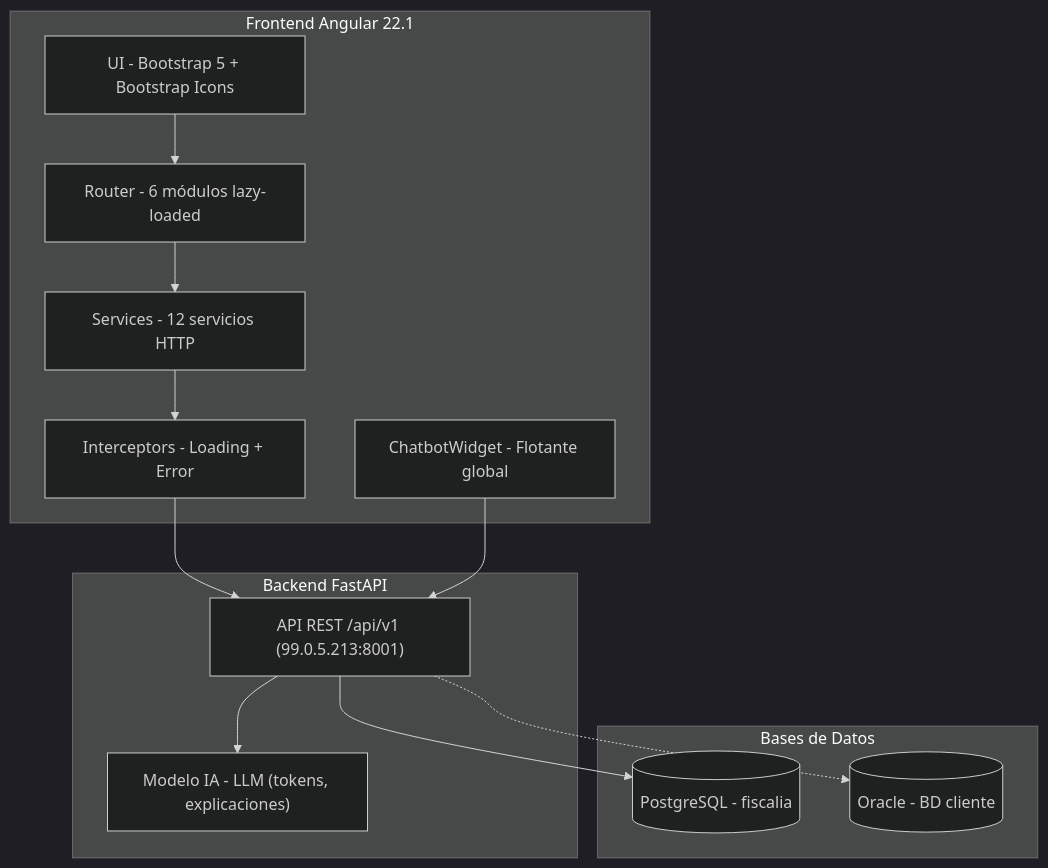
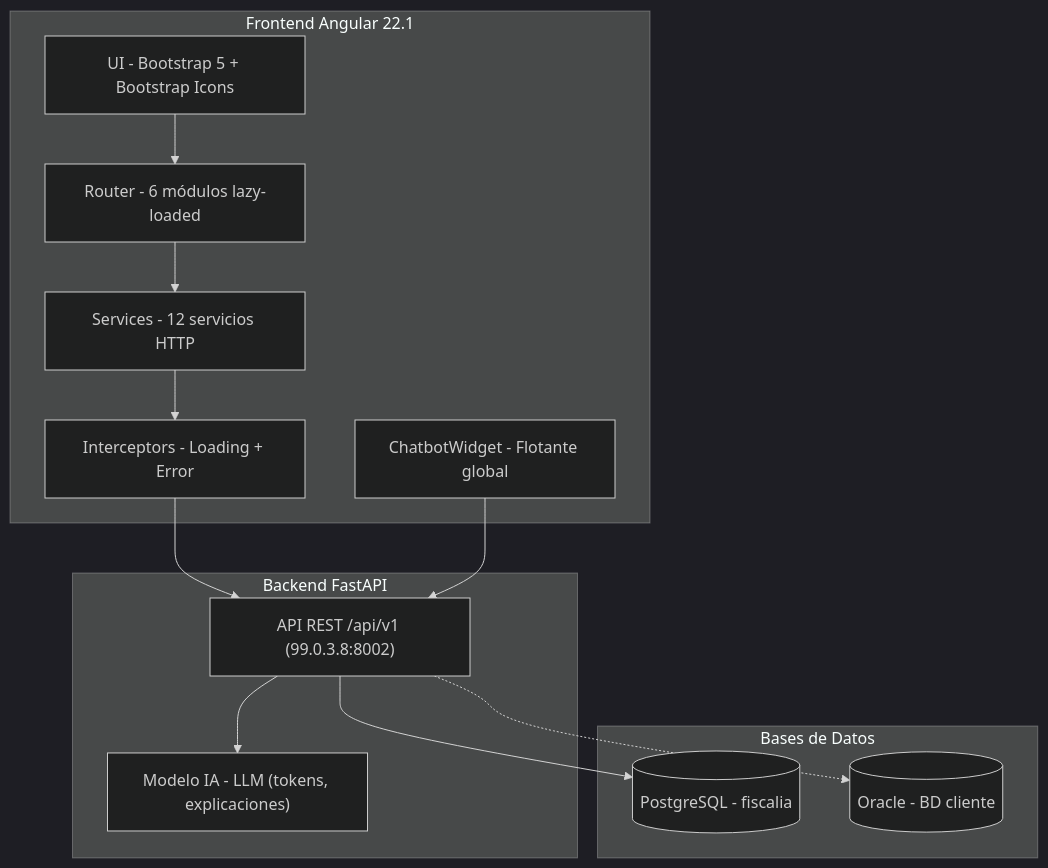
The first of 3 diagrams in Gestion_ia/ARQUITECTURA.md (mrrobledo01/Angular_IA), drawn with Mermaid (dark theme) before and after one commit. The commit also changed other lines of this file and 6 other files, not shown here.

````diff
--- a/Gestion_ia/ARQUITECTURA.md
+++ b/Gestion_ia/ARQUITECTURA.md
@@ -9,29 +9,29 @@
 ```mermaid
 graph TB
     subgraph "Frontend Angular 22.1"
         UI[UI - Bootstrap 5 + Bootstrap Icons]
         Router[Router - 6 módulos lazy-loaded]
         Services[Services - 12 servicios HTTP]
         Interceptors[Interceptors - Loading + Error]
         Chatbot[ChatbotWidget - Flotante global]
     end
 
     subgraph "Backend FastAPI"
-        API["API REST /api/v1 (99.0.5.213:8001)"]
+        API["API REST /api/v1 (99.0.3.8:8002)"]
         IA["Modelo IA - LLM (tokens, explicaciones)"]
     end
 
     subgraph "Bases de Datos"
         PG[(PostgreSQL - fiscalia)]
         ORA[(Oracle - BD cliente)]
     end
 
     UI --> Router
     Router --> Services
     Services --> Interceptors
     Interceptors --> API
     Chatbot --> API
     API --> PG
     API --> IA
     API -.-> ORA
 ```
````
